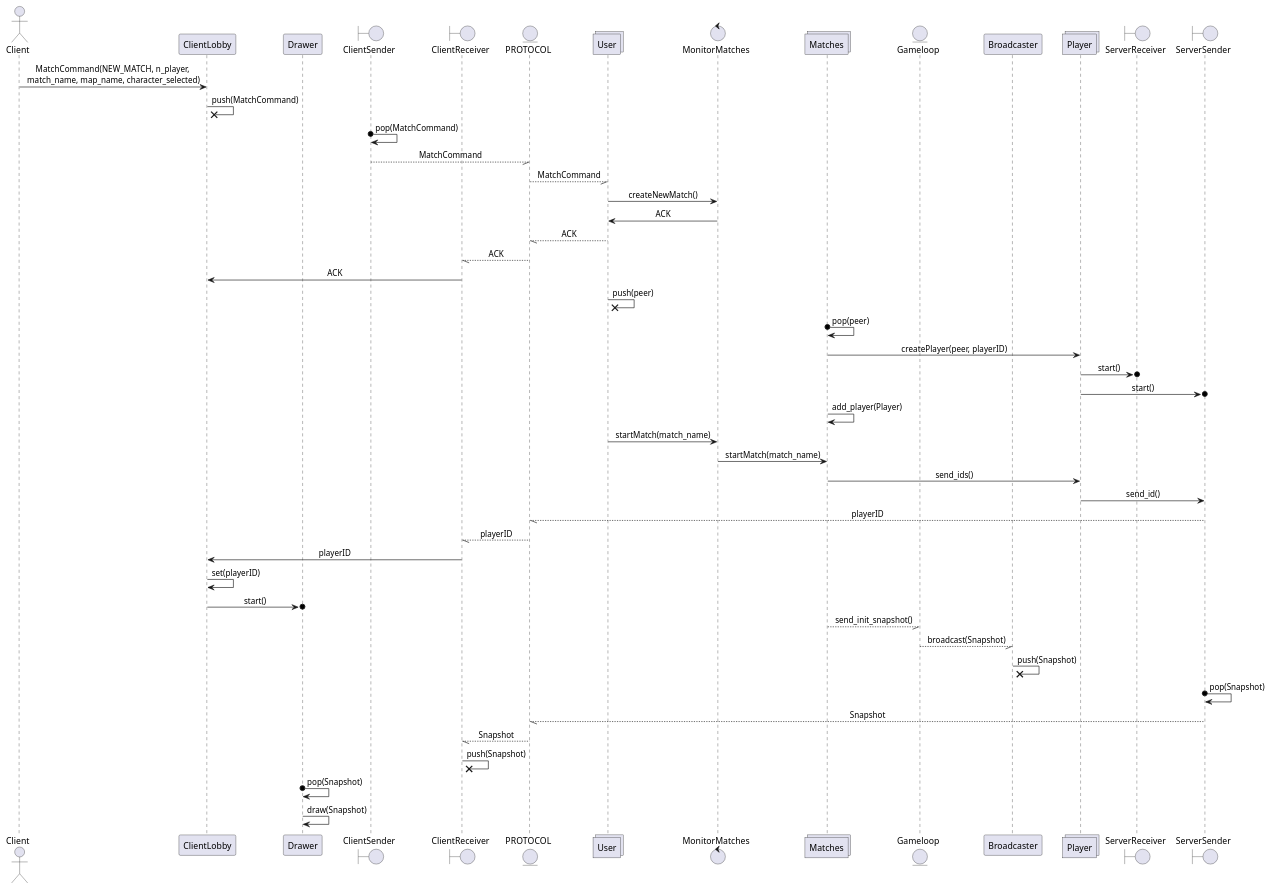
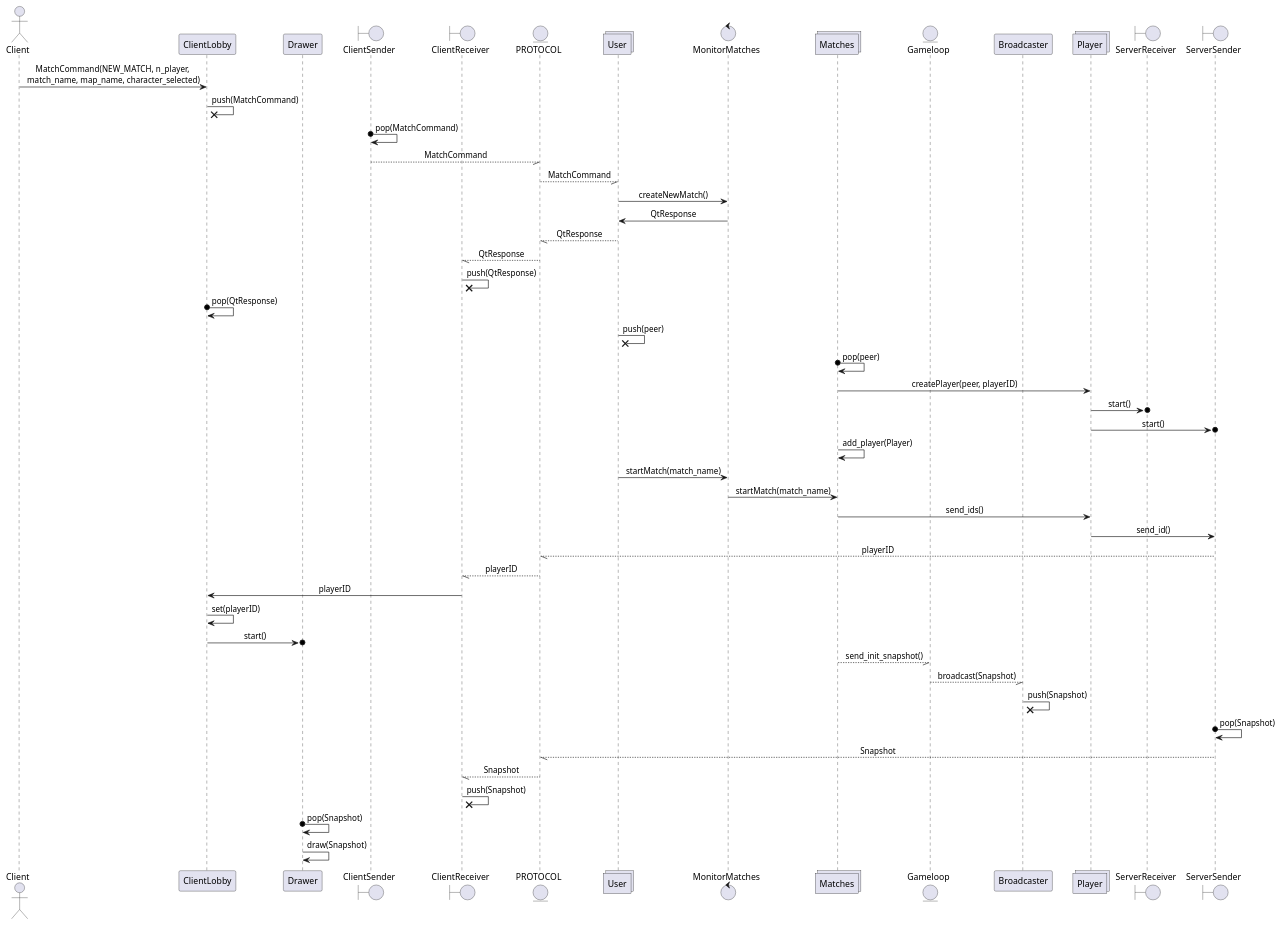
One commit to Taller-de-Programacion-1-1C2024-GRUPO1/TP-Jazz-Jackrabbit-2 changed the diagram in documentation/UMLS/start_match.puml. Above: the diagram before and after it, drawn with PlantUML. The commit also changed 4 other files, not shown here.

```diff
--- a/documentation/UMLS/start_match.puml
+++ b/documentation/UMLS/start_match.puml
@@ -1,96 +1,98 @@
 @startuml
 skinparam sequenceMessageAlign center
 actor Client
 
 Client -> ClientLobby : MatchCommand(NEW_MATCH, n_player, \nmatch_name, map_name, character_selected)
 
 ClientLobby ->x ClientLobby : push(MatchCommand)
 
 participant Drawer
 
 boundary ClientSender
 
 boundary ClientReceiver
 
 ClientSender o-> ClientSender : pop(MatchCommand)
 
 entity PROTOCOL
 
 ClientSender --// PROTOCOL : MatchCommand
 
 collections User
 
 PROTOCOL --// User : MatchCommand
 
 control MonitorMatches
 
 User -> MonitorMatches : createNewMatch()
 
-MonitorMatches -> User: ACK
+MonitorMatches -> User: QtResponse
 
-User --// PROTOCOL : ACK
+User --// PROTOCOL : QtResponse
 
-PROTOCOL --// ClientReceiver : ACK
+PROTOCOL --// ClientReceiver : QtResponse
 
-ClientReceiver -> ClientLobby : ACK
+ClientReceiver ->x ClientReceiver : push(QtResponse)
+
+ClientLobby o-> ClientLobby : pop(QtResponse)
 
 User ->x User : push(peer)
 
 collections Matches
 
 entity Gameloop
 
 participant Broadcaster
 
 collections Player
 
 Matches o-> Matches : pop(peer)
 
 Matches -> Player : createPlayer(peer, playerID)
 
 boundary ServerReceiver
 
 boundary ServerSender
 
 Player ->o ServerReceiver: start()
 
 Player ->o ServerSender : start()
 
 Matches -> Matches : add_player(Player)
 
 User -> MonitorMatches : startMatch(match_name)
 
 MonitorMatches -> Matches : startMatch(match_name)
 
 Matches -> Player : send_ids()
 
 Player -> ServerSender : send_id()
 
 ServerSender --// PROTOCOL : playerID
 
 PROTOCOL --// ClientReceiver: playerID
 
 ClientReceiver -> ClientLobby : playerID
 
 ClientLobby -> ClientLobby : set(playerID)
 
 ClientLobby ->o Drawer : start()
 
 Matches --// Gameloop : send_init_snapshot()
 
 Gameloop --// Broadcaster : broadcast(Snapshot)
 
 Broadcaster ->x Broadcaster : push(Snapshot)
 
 ServerSender o-> ServerSender : pop(Snapshot)
 
 ServerSender --// PROTOCOL : Snapshot
 
 PROTOCOL --// ClientReceiver : Snapshot
 
 ClientReceiver ->x ClientReceiver : push(Snapshot)
 
 Drawer o-> Drawer : pop(Snapshot)
 
 Drawer -> Drawer : draw(Snapshot)
 @enduml
```
